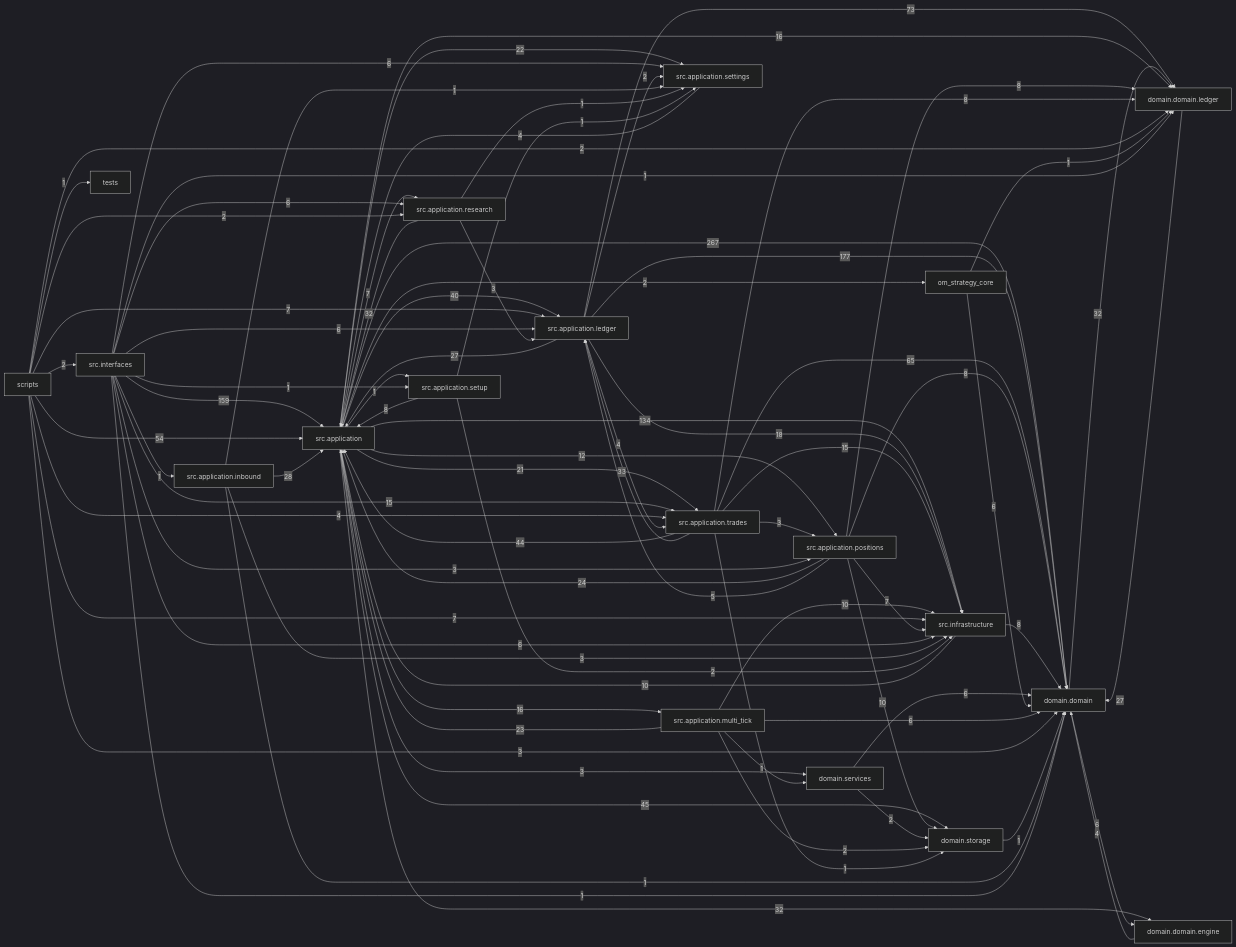
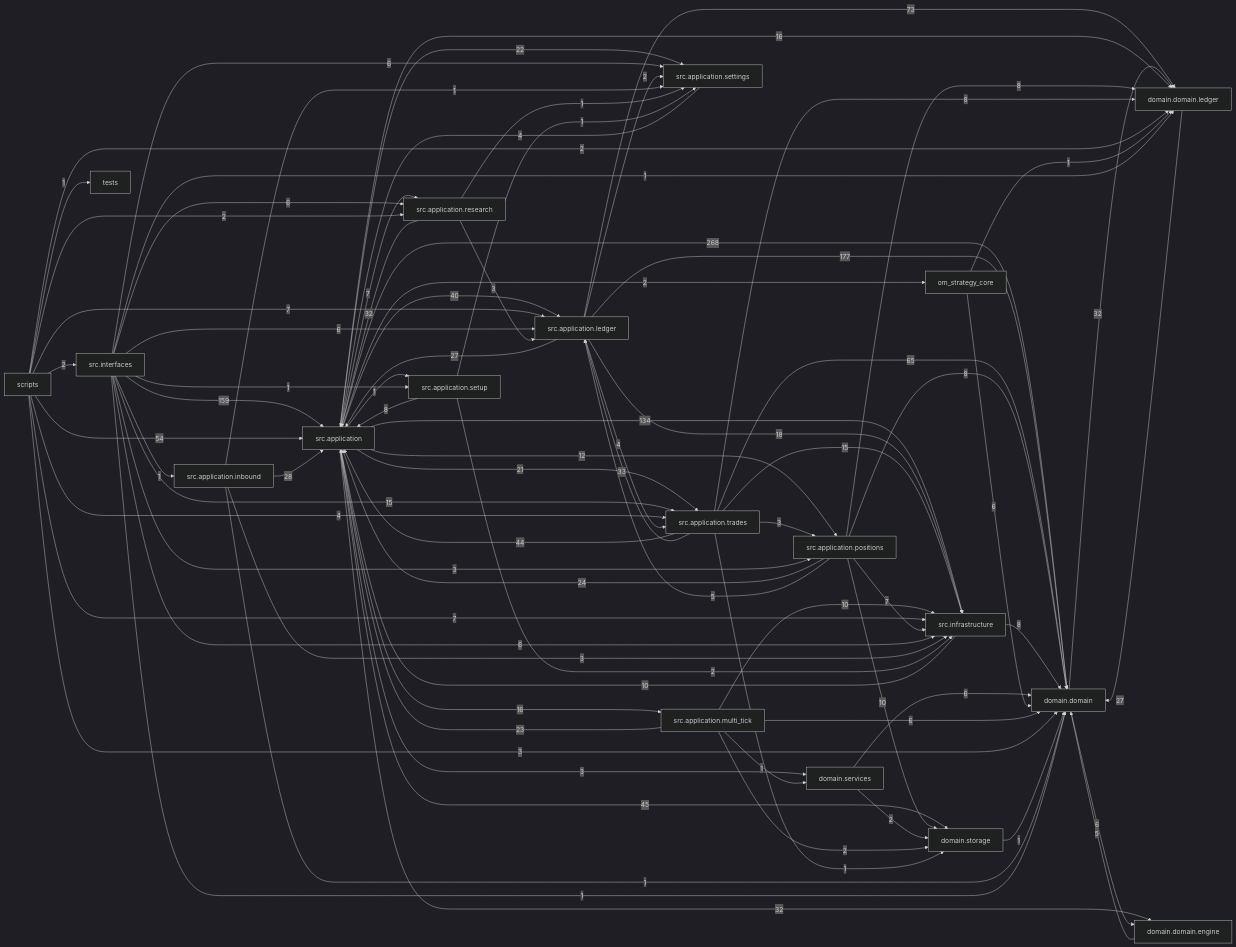
One commit to liuxie066/options-monitor changed the diagram in docs/dependency_graph.mmd. Above: the diagram before and after it, drawn with Mermaid (dark theme). The commit also changed 62 other files, not shown here.

```diff
--- a/docs/dependency_graph.mmd
+++ b/docs/dependency_graph.mmd
@@ -1,81 +1,81 @@
 flowchart LR
-  src_application["src.application"] -->|267| domain_domain["domain.domain"]
+  src_application["src.application"] -->|268| domain_domain["domain.domain"]
   src_application_ledger["src.application.ledger"] -->|177| domain_domain["domain.domain"]
   src_interfaces["src.interfaces"] -->|159| src_application["src.application"]
   src_application["src.application"] -->|134| src_infrastructure["src.infrastructure"]
   src_application_ledger["src.application.ledger"] -->|73| domain_domain_ledger["domain.domain.ledger"]
   src_application_trades["src.application.trades"] -->|65| domain_domain["domain.domain"]
   scripts["scripts"] -->|54| src_application["src.application"]
   src_application["src.application"] -->|45| domain_storage["domain.storage"]
   src_application_trades["src.application.trades"] -->|44| src_application["src.application"]
   src_application["src.application"] -->|40| src_application_ledger["src.application.ledger"]
   src_application_trades["src.application.trades"] -->|33| src_application_ledger["src.application.ledger"]
   domain_domain["domain.domain"] -->|32| domain_domain_ledger["domain.domain.ledger"]
   src_application["src.application"] -->|32| domain_domain_engine["domain.domain.engine"]
   src_application_research["src.application.research"] -->|32| src_application["src.application"]
   src_application_inbound["src.application.inbound"] -->|28| src_application["src.application"]
   domain_domain_ledger["domain.domain.ledger"] -->|27| domain_domain["domain.domain"]
   src_application_ledger["src.application.ledger"] -->|27| src_application["src.application"]
   src_application_positions["src.application.positions"] -->|24| src_application["src.application"]
   src_application_multi_tick["src.application.multi_tick"] -->|23| src_application["src.application"]
   src_application["src.application"] -->|22| src_application_settings["src.application.settings"]
   src_application["src.application"] -->|21| src_application_trades["src.application.trades"]
   src_application_ledger["src.application.ledger"] -->|18| src_infrastructure["src.infrastructure"]
   src_application["src.application"] -->|16| domain_domain_ledger["domain.domain.ledger"]
   src_application["src.application"] -->|16| src_application_multi_tick["src.application.multi_tick"]
   src_application_trades["src.application.trades"] -->|15| src_infrastructure["src.infrastructure"]
   src_interfaces["src.interfaces"] -->|15| src_application_trades["src.application.trades"]
   src_application["src.application"] -->|12| src_application_positions["src.application.positions"]
   src_application_multi_tick["src.application.multi_tick"] -->|10| src_infrastructure["src.infrastructure"]
   src_application_positions["src.application.positions"] -->|10| domain_storage["domain.storage"]
   src_infrastructure["src.infrastructure"] -->|10| src_application["src.application"]
   src_application_positions["src.application.positions"] -->|8| domain_domain["domain.domain"]
   src_application_positions["src.application.positions"] -->|8| domain_domain_ledger["domain.domain.ledger"]
   src_application_setup["src.application.setup"] -->|8| src_application["src.application"]
   src_application_trades["src.application.trades"] -->|8| domain_domain_ledger["domain.domain.ledger"]
   src_infrastructure["src.infrastructure"] -->|8| domain_domain["domain.domain"]
   scripts["scripts"] -->|7| src_application_ledger["src.application.ledger"]
   scripts["scripts"] -->|7| src_infrastructure["src.infrastructure"]
   src_application["src.application"] -->|7| src_application_research["src.application.research"]
   src_application_positions["src.application.positions"] -->|7| src_infrastructure["src.infrastructure"]
   domain_domain["domain.domain"] -->|6| domain_domain_engine["domain.domain.engine"]
   domain_services["domain.services"] -->|6| domain_domain["domain.domain"]
   om_strategy_core["om_strategy_core"] -->|6| domain_domain["domain.domain"]
   src_application_multi_tick["src.application.multi_tick"] -->|6| domain_domain["domain.domain"]
   src_interfaces["src.interfaces"] -->|6| src_application_ledger["src.application.ledger"]
   src_interfaces["src.interfaces"] -->|6| src_application_research["src.application.research"]
   src_interfaces["src.interfaces"] -->|6| src_application_settings["src.application.settings"]
   src_interfaces["src.interfaces"] -->|6| src_infrastructure["src.infrastructure"]
+  domain_domain_engine["domain.domain.engine"] -->|5| domain_domain["domain.domain"]
   src_application_positions["src.application.positions"] -->|5| src_application_ledger["src.application.ledger"]
-  domain_domain_engine["domain.domain.engine"] -->|4| domain_domain["domain.domain"]
   scripts["scripts"] -->|4| src_application_trades["src.application.trades"]
   src_application_ledger["src.application.ledger"] -->|4| src_application_trades["src.application.trades"]
   src_application_settings["src.application.settings"] -->|4| src_application["src.application"]
   scripts["scripts"] -->|3| domain_domain["domain.domain"]
   src_application["src.application"] -->|3| domain_services["domain.services"]
   src_application_inbound["src.application.inbound"] -->|3| src_infrastructure["src.infrastructure"]
   src_application_research["src.application.research"] -->|3| src_application_ledger["src.application.ledger"]
   src_application_trades["src.application.trades"] -->|3| src_application_positions["src.application.positions"]
   src_interfaces["src.interfaces"] -->|3| src_application_positions["src.application.positions"]
   domain_services["domain.services"] -->|2| domain_storage["domain.storage"]
   scripts["scripts"] -->|2| domain_domain_ledger["domain.domain.ledger"]
   scripts["scripts"] -->|2| src_application_research["src.application.research"]
   scripts["scripts"] -->|2| src_interfaces["src.interfaces"]
   src_application["src.application"] -->|2| om_strategy_core["om_strategy_core"]
   src_application_ledger["src.application.ledger"] -->|2| src_application_settings["src.application.settings"]
   src_application_multi_tick["src.application.multi_tick"] -->|2| domain_storage["domain.storage"]
   src_application_setup["src.application.setup"] -->|2| src_infrastructure["src.infrastructure"]
   domain_storage["domain.storage"] -->|1| domain_domain["domain.domain"]
   om_strategy_core["om_strategy_core"] -->|1| domain_domain_ledger["domain.domain.ledger"]
   scripts["scripts"] -->|1| tests["tests"]
   src_application["src.application"] -->|1| src_application_setup["src.application.setup"]
   src_application_inbound["src.application.inbound"] -->|1| domain_domain["domain.domain"]
   src_application_inbound["src.application.inbound"] -->|1| src_application_settings["src.application.settings"]
   src_application_multi_tick["src.application.multi_tick"] -->|1| domain_services["domain.services"]
   src_application_research["src.application.research"] -->|1| src_application_settings["src.application.settings"]
   src_application_setup["src.application.setup"] -->|1| src_application_settings["src.application.settings"]
   src_application_trades["src.application.trades"] -->|1| domain_storage["domain.storage"]
   src_interfaces["src.interfaces"] -->|1| domain_domain["domain.domain"]
   src_interfaces["src.interfaces"] -->|1| domain_domain_ledger["domain.domain.ledger"]
   src_interfaces["src.interfaces"] -->|1| src_application_inbound["src.application.inbound"]
   src_interfaces["src.interfaces"] -->|1| src_application_setup["src.application.setup"]
```
